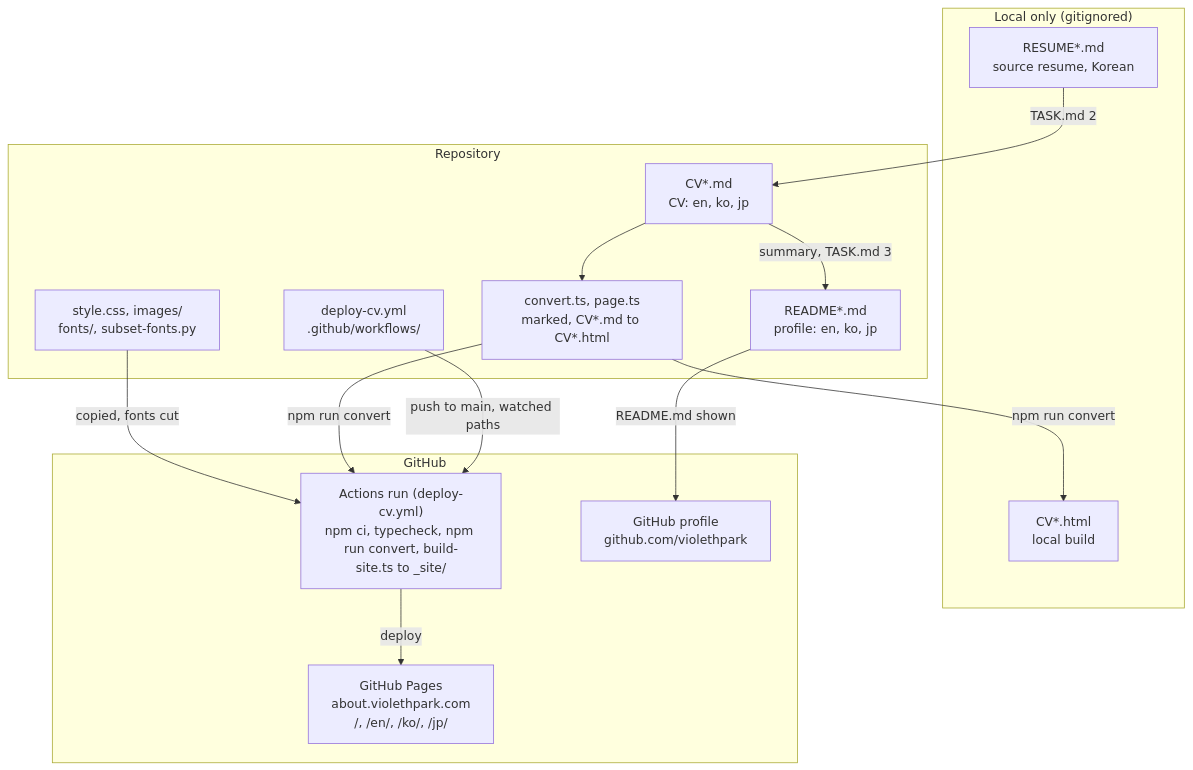
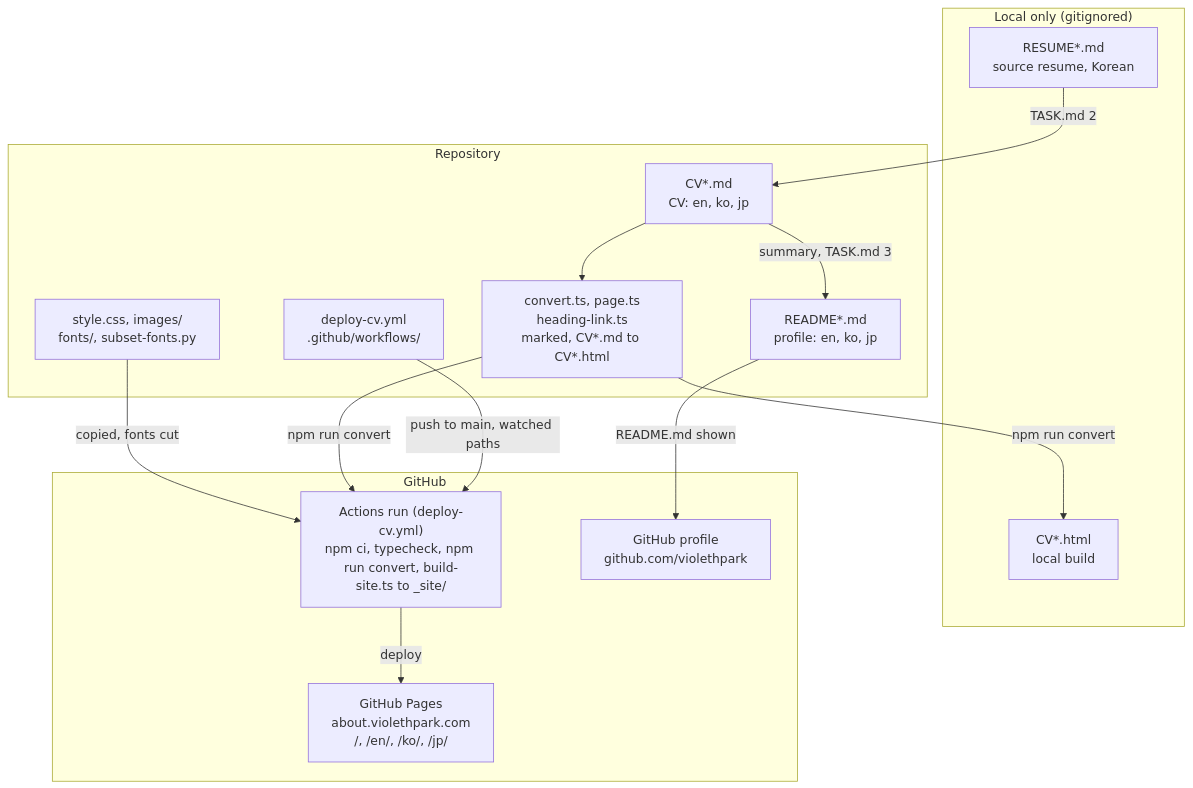
Before and after one commit to violethpark/violethpark: the diagram in diagrams/repo-structure.mmd, drawn with Mermaid. The commit also changed 3 other files, not shown here.

First line of the commit message:
ci: heading-link.ts가 바뀌어도 사이트를 다시 배포한다 (#22)

```diff
--- a/diagrams/repo-structure.mmd
+++ b/diagrams/repo-structure.mmd
@@ -1,28 +1,28 @@
 flowchart TB
   accTitle: Repository publishing structure
-  accDescr: RESUME*.md is the factual source for the CV in three languages, which the README profiles summarize. convert.ts, with the page script page.ts, turns CV*.md into CV*.html locally and in the deploy workflow; the workflow adds style.css, images, and the fonts cut to the pages' characters (subset-fonts.py) with build-site.ts and deploys the site to GitHub Pages at about.violethpark.com.
+  accDescr: RESUME*.md is the factual source for the CV in three languages, which the README profiles summarize. convert.ts, with the heading links of heading-link.ts and the page script page.ts, turns CV*.md into CV*.html locally and in the deploy workflow; the workflow adds style.css, images, and the fonts cut to the pages' characters (subset-fonts.py) with build-site.ts and deploys the site to GitHub Pages at about.violethpark.com.
   subgraph local ["Local only (gitignored)"]
     html["CV*.html<br/>local build"]
     resume["RESUME*.md<br/>source resume, Korean"]
   end
   subgraph repo [Repository]
     cv["CV*.md<br/>CV: en, ko, jp"]
     readme["README*.md<br/>profile: en, ko, jp"]
     assets["style.css, images/<br/>fonts/, subset-fonts.py"]
-    convert["convert.ts, page.ts<br/>marked, CV*.md to CV*.html"]
+    convert["convert.ts, page.ts<br/>heading-link.ts<br/>marked, CV*.md to CV*.html"]
     workflow["deploy-cv.yml<br/>.github/workflows/"]
   end
   subgraph github [GitHub]
     run["Actions run (deploy-cv.yml)<br/>npm ci, typecheck, npm run convert, build-site.ts to _site/"]
     profile["GitHub profile<br/>github.com/violethpark"]
     pages["GitHub Pages<br/>about.violethpark.com<br/>/, /en/, /ko/, /jp/"]
   end
   resume -- "TASK.md 2" --> cv
   cv -- "summary, TASK.md 3" --> readme
   readme -- "README.md shown" --> profile
   cv --> convert
   convert -- "npm run convert" --> html
   assets -- "copied, fonts cut" --> run
   convert -- "npm run convert" --> run
   workflow -- "push to main, watched paths" --> run
   run -- deploy --> pages
```
